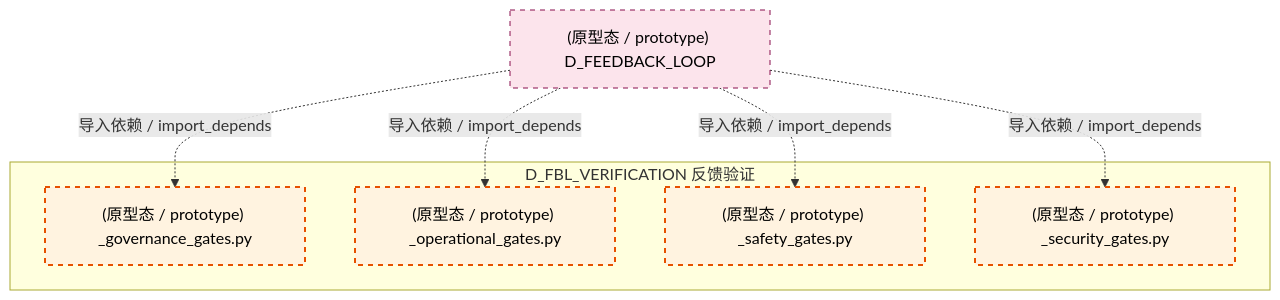
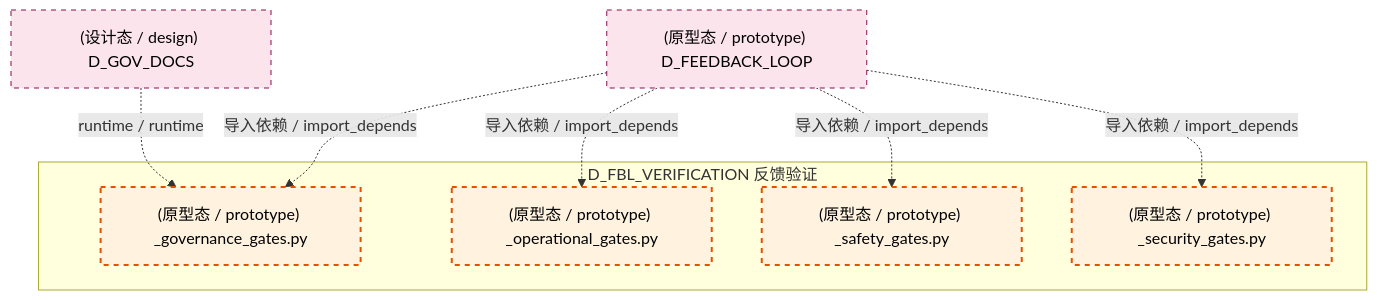
The fifth of 6 diagrams in docs/02_enterprise_architecture/02_domain_architecture_docs/13_d_fbl_verification.md (xuanFelixVan/ZephyrAlpha), drawn with Mermaid before and after one commit. The commit also changed other lines of this file and 99 other files, not shown here.

````diff
--- a/docs/02_enterprise_architecture/02_domain_architecture_docs/13_d_fbl_verification.md
+++ b/docs/02_enterprise_architecture/02_domain_architecture_docs/13_d_fbl_verification.md
@@ -420,20 +417,22 @@
 ```mermaid
 graph TD
     subgraph D_FBL_VERIFICATION["D_FBL_VERIFICATION 反馈验证"]
         src_zephyr_feedback_loop_gates_governance_gates_py["(原型态 / prototype) _governance_gates.py"]
         src_zephyr_feedback_loop_gates_operational_gates_py["(原型态 / prototype) _operational_gates.py"]
         src_zephyr_feedback_loop_gates_safety_gates_py["(原型态 / prototype) _safety_gates.py"]
         src_zephyr_feedback_loop_gates_security_gates_py["(原型态 / prototype) _security_gates.py"]
     end
+    D_GOV_DOCS["(设计态 / design) D_GOV_DOCS"]
+    D_GOV_DOCS -.->|runtime / runtime| src_zephyr_feedback_loop_gates_governance_gates_py
     D_FEEDBACK_LOOP["(原型态 / prototype) D_FEEDBACK_LOOP"]
     D_FEEDBACK_LOOP -.->|导入依赖 / import_depends| src_zephyr_feedback_loop_gates_safety_gates_py
     D_FEEDBACK_LOOP -.->|导入依赖 / import_depends| src_zephyr_feedback_loop_gates_security_gates_py
     D_FEEDBACK_LOOP -.->|导入依赖 / import_depends| src_zephyr_feedback_loop_gates_governance_gates_py
     D_FEEDBACK_LOOP -.->|导入依赖 / import_depends| src_zephyr_feedback_loop_gates_operational_gates_py
     classDef production fill:#e1f5fe,stroke:#01579b,stroke-width:2px,color:#000
     classDef design fill:#fff3e0,stroke:#e65100,stroke-width:2px,color:#000,stroke-dasharray: 5 5
     classDef external_prod fill:#e8f5e9,stroke:#1b5e20,stroke-width:1px,color:#000
     classDef external_design fill:#fce4ec,stroke:#880e4f,stroke-width:1px,color:#000,stroke-dasharray: 5 5
     class src_zephyr_feedback_loop_gates_governance_gates_py,src_zephyr_feedback_loop_gates_operational_gates_py,src_zephyr_feedback_loop_gates_safety_gates_py,src_zephyr_feedback_loop_gates_security_gates_py design
-    class D_FEEDBACK_LOOP external_design
+    class D_GOV_DOCS,D_FEEDBACK_LOOP external_design
 ```
````
